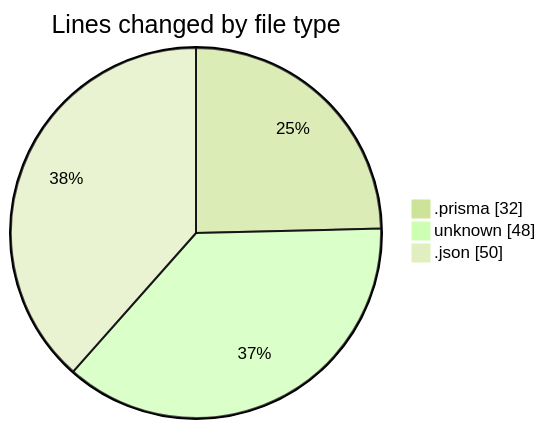
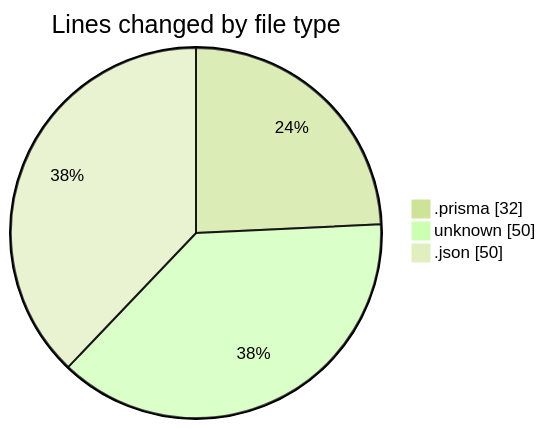
The first of 2 diagrams in 2025-01-24/good-pr/README.md (momahboobian/code-tracking), drawn with Mermaid (forest theme) before and after one commit. The commit also changed other lines of this file and 1 other file, not shown here.

````diff
--- a/2025-01-24/good-pr/README.md
+++ b/2025-01-24/good-pr/README.md
@@ -22,7 +22,7 @@
 ```mermaid
 pie showData
 title Lines changed by file type
 ".prisma" : 32
-"unknown" : 48
+"unknown" : 50
 ".json" : 50
 ```
````
